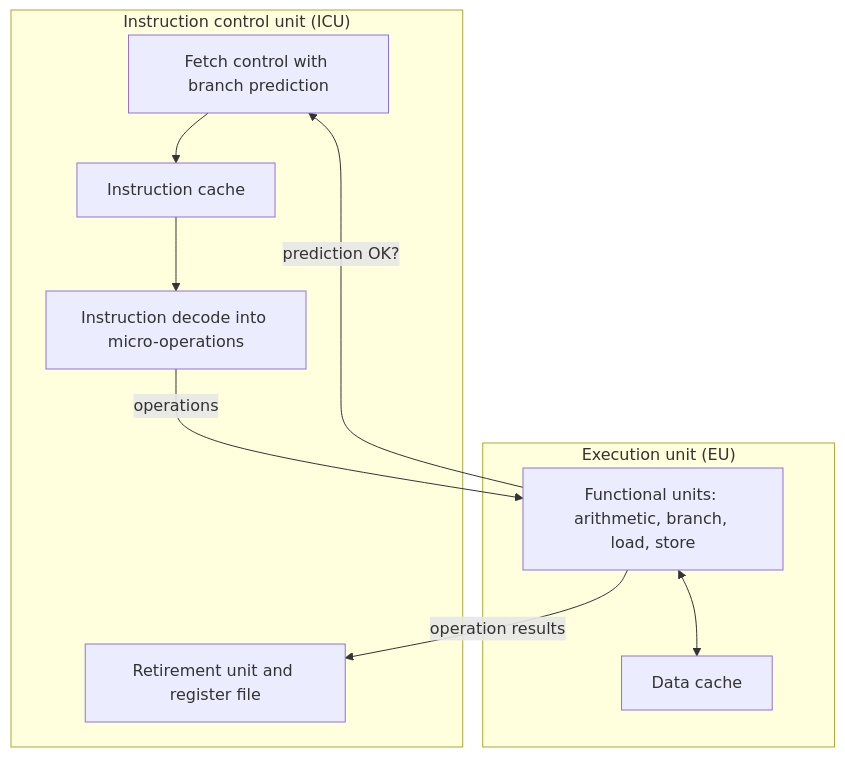
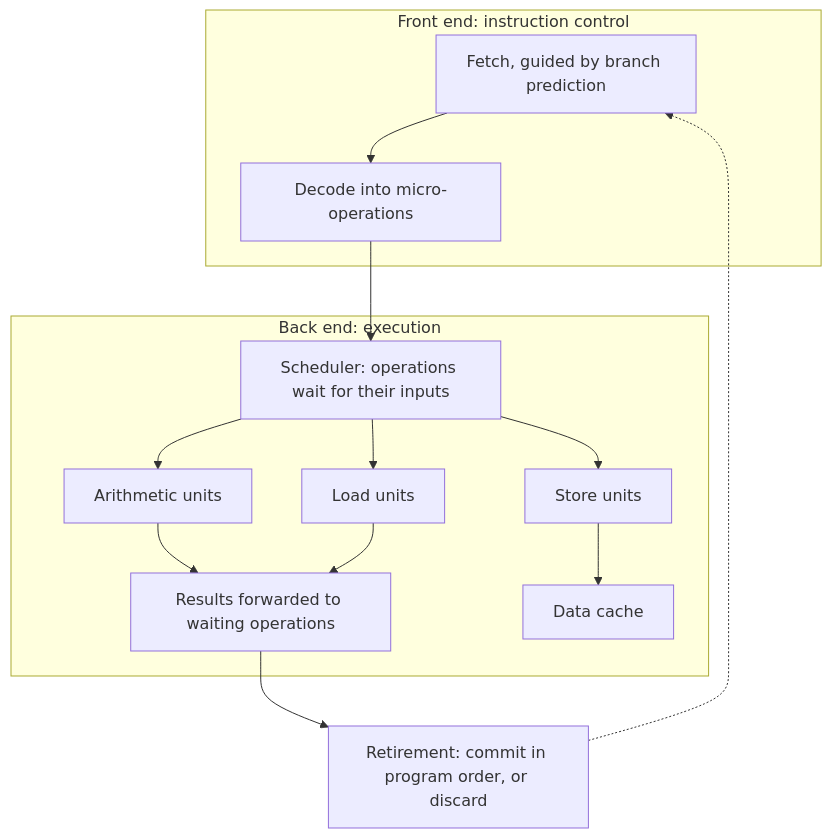
The first of 3 diagrams in src/csapp/lessons/15-opt-ilp.md (alvinnew100/grand-line-study-guide), drawn with Mermaid before and after one commit. The commit also changed other lines of this file and 47 other files, not shown here.

````diff
--- a/src/csapp/lessons/15-opt-ilp.md
+++ b/src/csapp/lessons/15-opt-ilp.md
@@ -9,16 +23,17 @@
 ```mermaid
-graph TB
-  subgraph ICU["Instruction control unit (ICU)"]
-    FC[Fetch control with branch prediction] --> IC[Instruction cache]
-    IC --> ID[Instruction decode into micro-operations]
-    RU[Retirement unit and register file]
-  end
-  subgraph EU["Execution unit (EU)"]
-    FU["Functional units: arithmetic, branch, load, store"]
-    DC[Data cache]
-    FU <--> DC
-  end
-  ID -->|operations| FU
-  FU -->|operation results| RU
-  FU -->|"prediction OK?"| FC
+flowchart TB
+    subgraph Front end: instruction control
+      F[Fetch, guided by branch prediction] --> D[Decode into micro-operations]
+    end
+    subgraph Back end: execution
+      D --> Q[Scheduler: operations wait for their inputs]
+      Q --> U1[Arithmetic units]
+      Q --> U2[Load units]
+      Q --> U3[Store units]
+      U1 --> RES[Results forwarded to waiting operations]
+      U2 --> RES
+      U3 --> DC[Data cache]
+    end
+    RES --> RT[Retirement: commit in program order, or discard]
+    RT -.-> F
 ```
````
